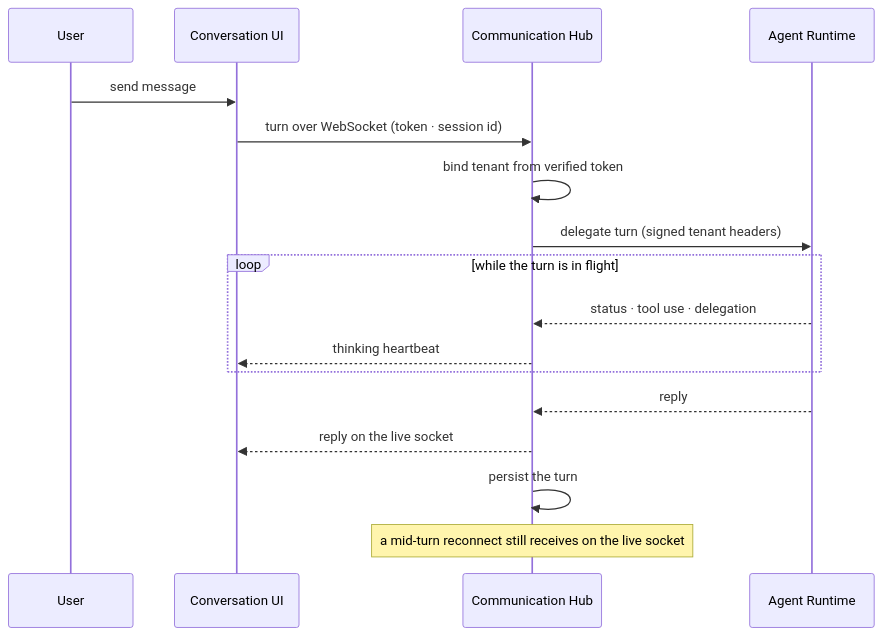
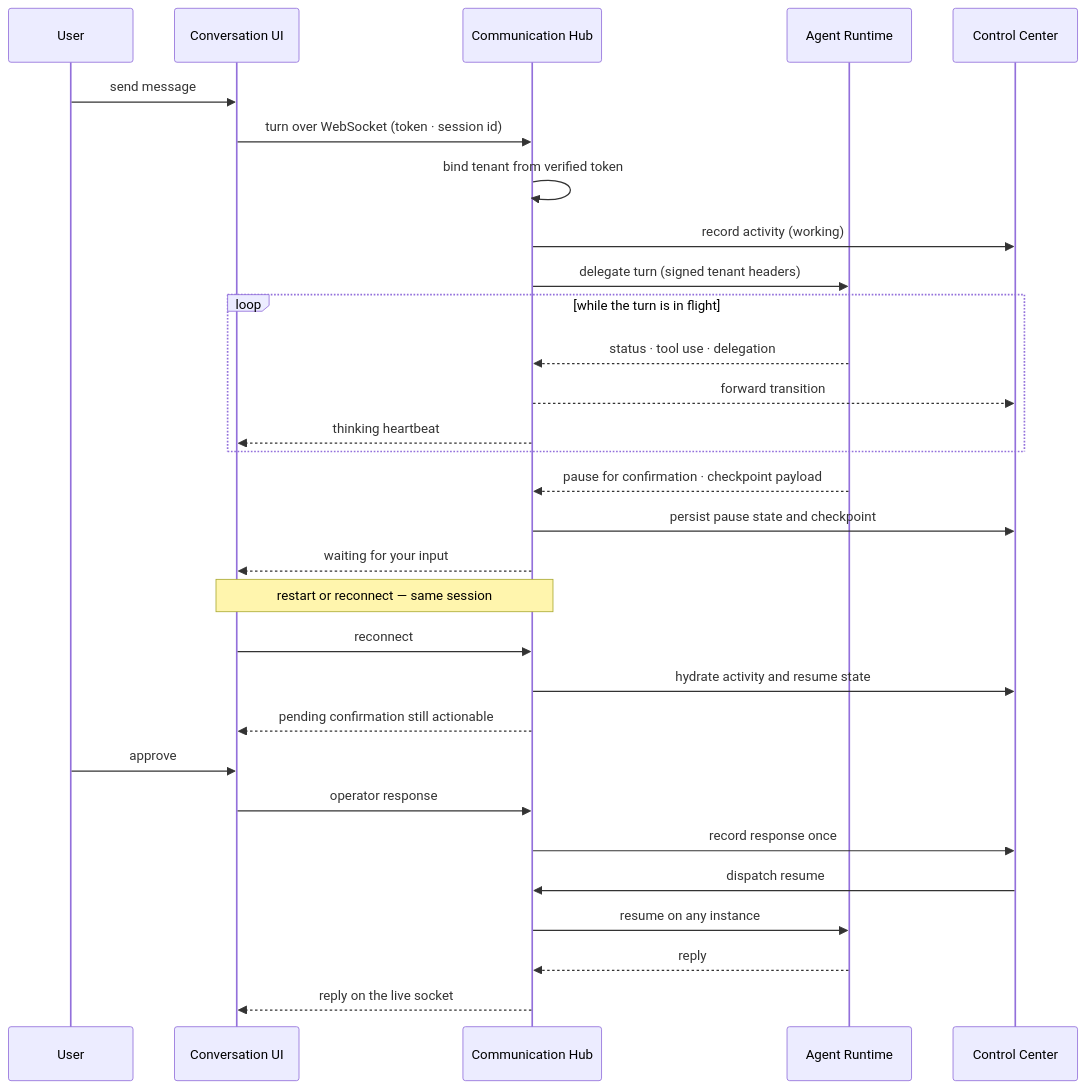
One commit to hurungang/parthenon changed the second of 9 diagrams in docs/master/architecture/modules/communication-hub/architecture.md. Above: the diagram before and after it, drawn with Mermaid. The commit also changed other lines of this file and 414 other files, not shown here.

````diff
--- a/docs/master/architecture/modules/communication-hub/architecture.md
+++ b/docs/master/architecture/modules/communication-hub/architecture.md
@@ -57,20 +59,33 @@
 ```mermaid
 sequenceDiagram
     participant U as User
     participant UI as Conversation UI
     participant CH as Communication Hub
     participant AR as Agent Runtime
+    participant CC as Control Center
 
     U->>UI: send message
     UI->>CH: turn over WebSocket (token · session id)
     CH->>CH: bind tenant from verified token
+    CH->>CC: record activity (working)
     CH->>AR: delegate turn (signed tenant headers)
     loop while the turn is in flight
         AR-->>CH: status · tool use · delegation
+        CH-->>CC: forward transition
         CH-->>UI: thinking heartbeat
     end
+    AR-->>CH: pause for confirmation · checkpoint payload
+    CH->>CC: persist pause state and checkpoint
+    CH-->>UI: waiting for your input
+    Note over UI,CH: restart or reconnect — same session
+    UI->>CH: reconnect
+    CH->>CC: hydrate activity and resume state
+    CH-->>UI: pending confirmation still actionable
+    U->>UI: approve
+    UI->>CH: operator response
+    CH->>CC: record response once
+    CC->>CH: dispatch resume
+    CH->>AR: resume on any instance
     AR-->>CH: reply
     CH-->>UI: reply on the live socket
-    CH->>CH: persist the turn
-    Note over CH: a mid-turn reconnect still receives on the live socket
 ```
````
